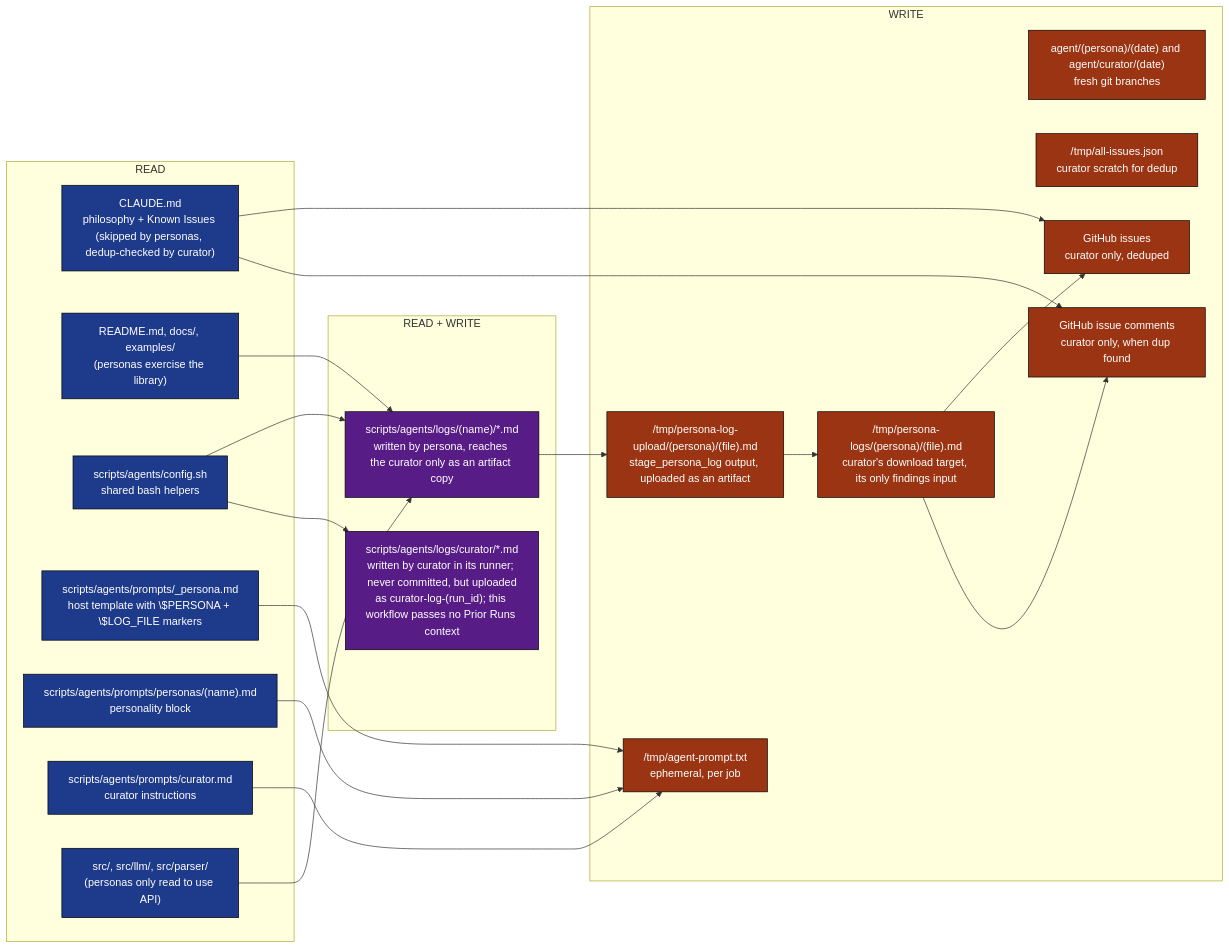
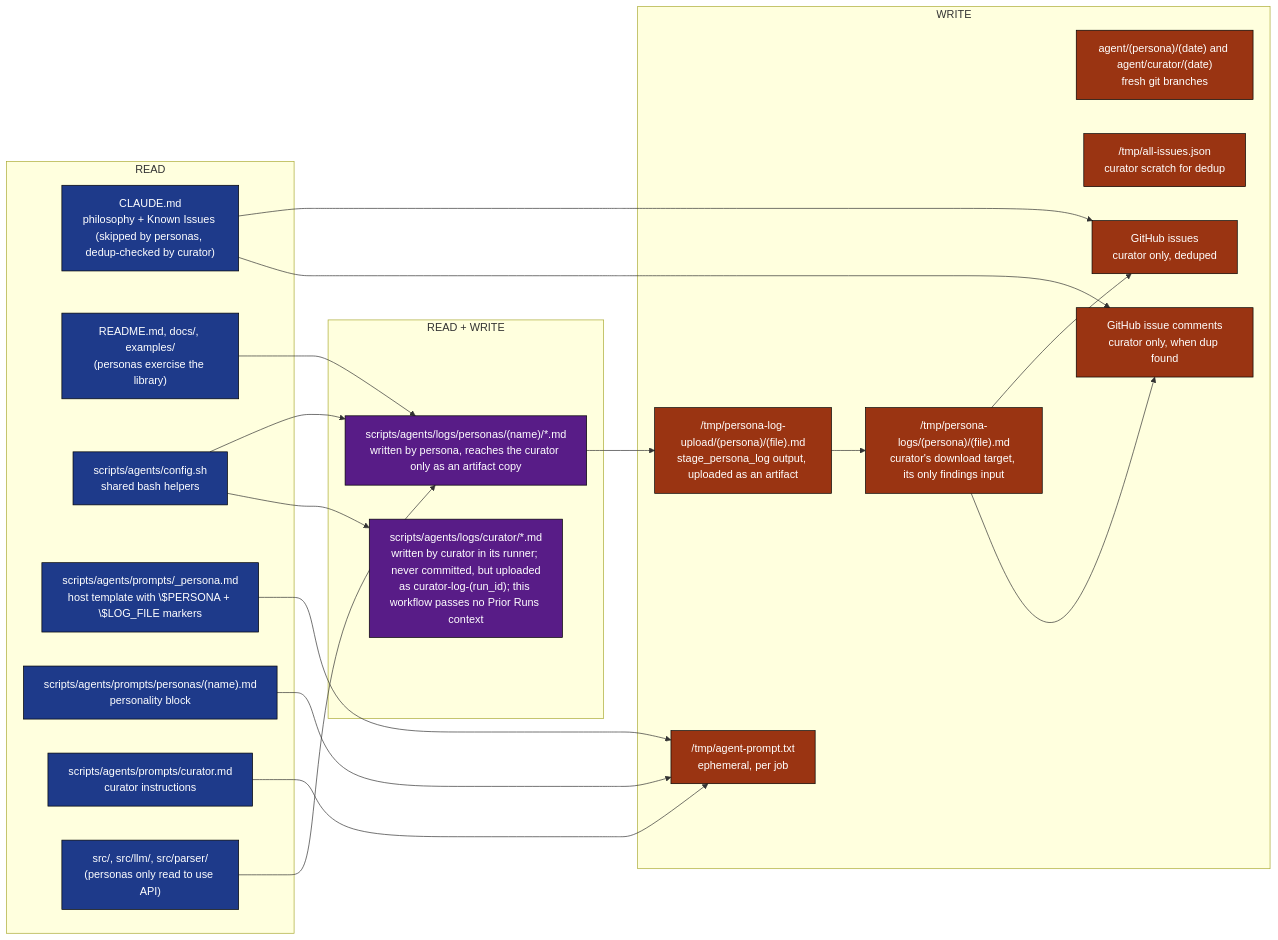
Before and after one commit to llm-exe/llm-exe: the seventh of 12 diagrams in .github/docs/PERSONAS_RUN_DEEP_DIVE.md, drawn with Mermaid. The commit also changed other lines of this file and 2 other files, not shown here.

Commit message:
docs: sync personas deep dive and architecture after personas-run.yml clock_in path change

````diff
--- a/.github/docs/PERSONAS_RUN_DEEP_DIVE.md
+++ b/.github/docs/PERSONAS_RUN_DEEP_DIVE.md
@@ -459,45 +459,45 @@
 ```mermaid
 flowchart LR
     classDef read fill:#1e3a8a,color:#fff,stroke:#000
     classDef write fill:#9a3412,color:#fff,stroke:#000
     classDef both fill:#581c87,color:#fff,stroke:#000
 
     subgraph reads["READ"]
         r1["CLAUDE.md\nphilosophy + Known Issues (skipped by personas, dedup-checked by curator)"]:::read
         r2["README.md, docs/, examples/\n(personas exercise the library)"]:::read
         r3["scripts/agents/config.sh\nshared bash helpers"]:::read
         r4["scripts/agents/prompts/_persona.md\nhost template with \$PERSONA + \$LOG_FILE markers"]:::read
         r5["scripts/agents/prompts/personas/(name).md\npersonality block"]:::read
         r6["scripts/agents/prompts/curator.md\ncurator instructions"]:::read
         r7["src/, src/llm/, src/parser/\n(personas only read to use API)"]:::read
     end
 
     subgraph writes["WRITE"]
         w1["agent/(persona)/(date) and agent/curator/(date)\nfresh git branches"]:::write
         w2["/tmp/agent-prompt.txt\nephemeral, per job"]:::write
         w2b["/tmp/persona-log-upload/(persona)/(file).md\nstage_persona_log output, uploaded as an artifact"]:::write
         w2c["/tmp/persona-logs/(persona)/(file).md\ncurator's download target, its only findings input"]:::write
         w3["/tmp/all-issues.json\ncurator scratch for dedup"]:::write
         w4["GitHub issues\ncurator only, deduped"]:::write
         w5["GitHub issue comments\ncurator only, when dup found"]:::write
     end
 
     subgraph both["READ + WRITE"]
-        b1["scripts/agents/logs/(name)/*.md\nwritten by persona, reaches the curator only as an artifact copy"]:::both
+        b1["scripts/agents/logs/personas/(name)/*.md\nwritten by persona, reaches the curator only as an artifact copy"]:::both
         b2["scripts/agents/logs/curator/*.md\nwritten by curator in its runner; never committed, but uploaded\nas curator-log-(run_id); this workflow passes no Prior Runs context"]:::both
     end
 
     r3 --> b1
     r3 --> b2
     r4 --> w2
     r5 --> w2
     r6 --> w2
     r1 --> w4
     r2 --> b1
     r7 --> b1
     b1 --> w2b
     w2b --> w2c
     w2c --> w4
     w2c --> w5
     r1 --> w5
 ```
````
